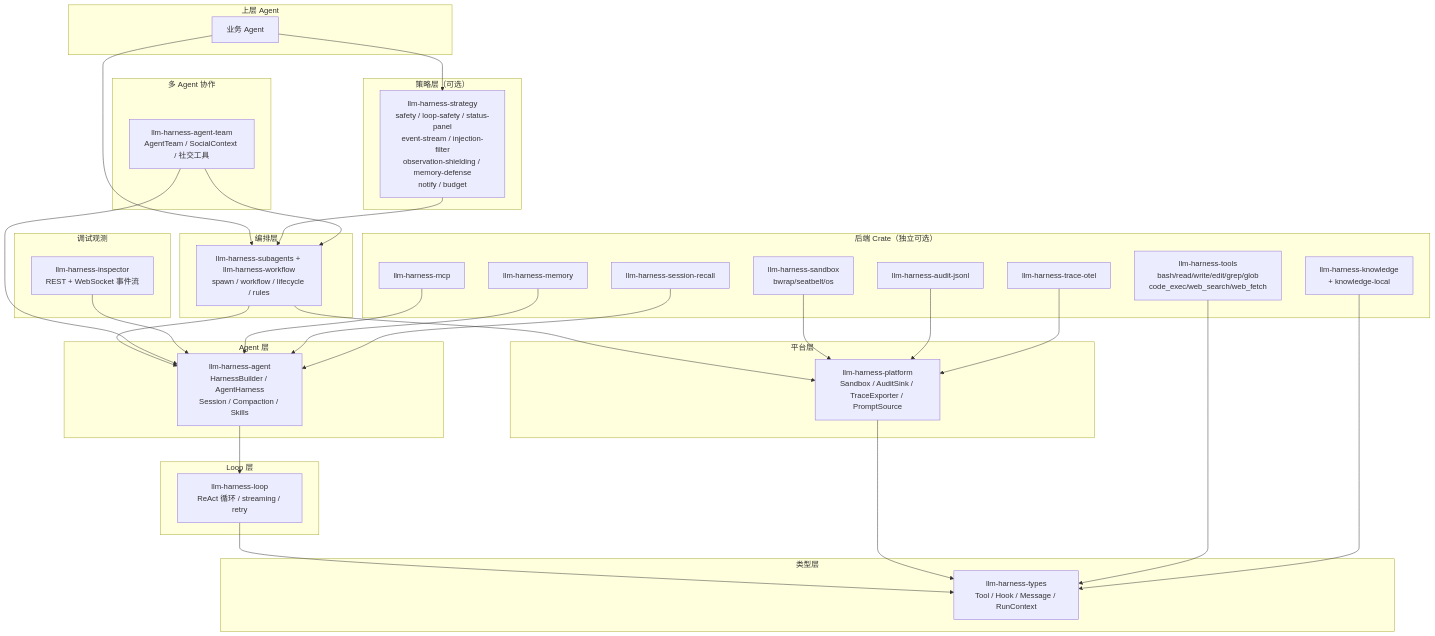
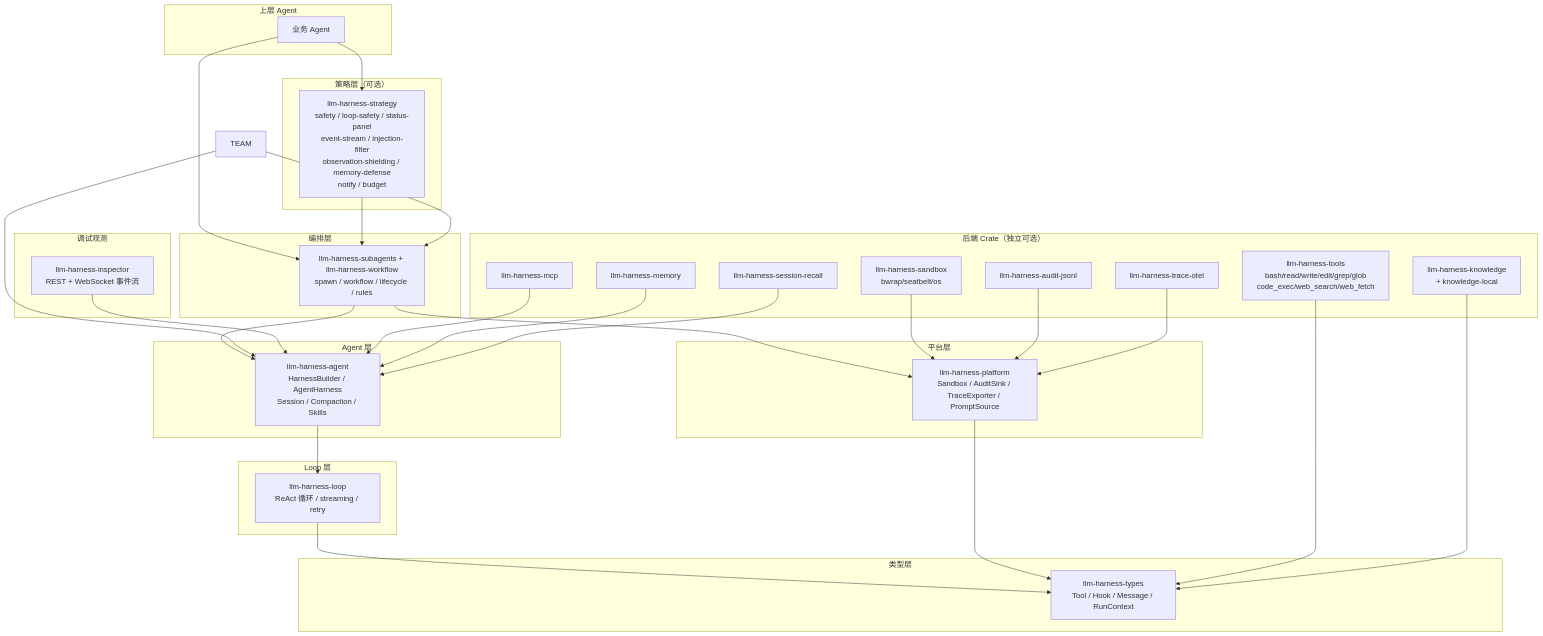
Before and after one commit to oh-my-harness/llm-harness-runtime: the diagram in README.md, drawn with Mermaid. The commit also changed other lines of this file and 93 other files, not shown here.

First line of the commit message:
chore(runtime): remove the V0 Agent Team product crates

````diff
--- a/README.md
+++ b/README.md
@@ -13,69 +13,65 @@
 ```mermaid
 graph TD
     subgraph "上层 Agent"
         SA[业务 Agent]
     end
 
     subgraph "策略层（可选）"
         ST[llm-harness-strategy<br/>safety / loop-safety / status-panel<br/>event-stream / injection-filter<br/>observation-shielding / memory-defense<br/>notify / budget]
     end
 
     subgraph "编排层"
         RT[llm-harness-subagents + llm-harness-workflow<br/>spawn / workflow / lifecycle / rules]
-    end
-
-    subgraph "多 Agent 协作"
-        TEAM[llm-harness-agent-team<br/>AgentTeam / SocialContext / 社交工具]
     end
 
     subgraph "调试观测"
         INSP[llm-harness-inspector<br/>REST + WebSocket 事件流]
     end
 
     subgraph "Agent 层"
         AG[llm-harness-agent<br/>HarnessBuilder / AgentHarness<br/>Session / Compaction / Skills]
     end
 
     subgraph "Loop 层"
         LP[llm-harness-loop<br/>ReAct 循环 / streaming / retry]
     end
 
     subgraph "类型层"
         TY[llm-harness-types<br/>Tool / Hook / Message / RunContext]
     end
 
     subgraph "平台层"
         PL[llm-harness-platform<br/>Sandbox / AuditSink / TraceExporter / PromptSource]
     end
 
     subgraph "后端 Crate（独立可选）"
         TOOLS[llm-harness-tools<br/>bash/read/write/edit/grep/glob<br/>code_exec/web_search/web_fetch]
         MCP[llm-harness-mcp]
         KN[llm-harness-knowledge<br/>+ knowledge-local]
         MEM[llm-harness-memory]
         SR[llm-harness-session-recall]
         SB[llm-harness-sandbox<br/>bwrap/seatbelt/os]
         AJ[llm-harness-audit-jsonl]
         TO[llm-harness-trace-otel]
     end
 
     SA --> ST
     SA --> RT
     ST --> RT
     RT --> AG
     RT --> PL
     AG --> LP
     LP --> TY
     PL --> TY
     TOOLS --> TY
     TEAM --> AG
     TEAM --> RT
     INSP --> AG
     MCP --> AG
     KN --> TY
     MEM --> AG
     SR --> AG
     SB --> PL
     AJ --> PL
     TO --> PL
 ```
````
